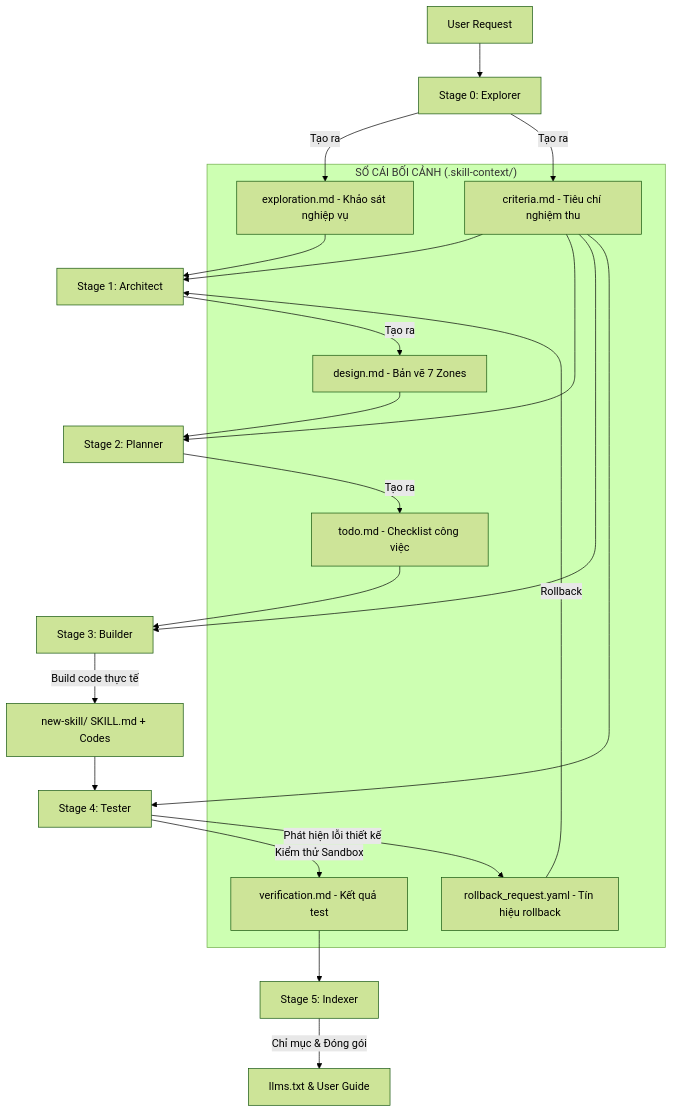
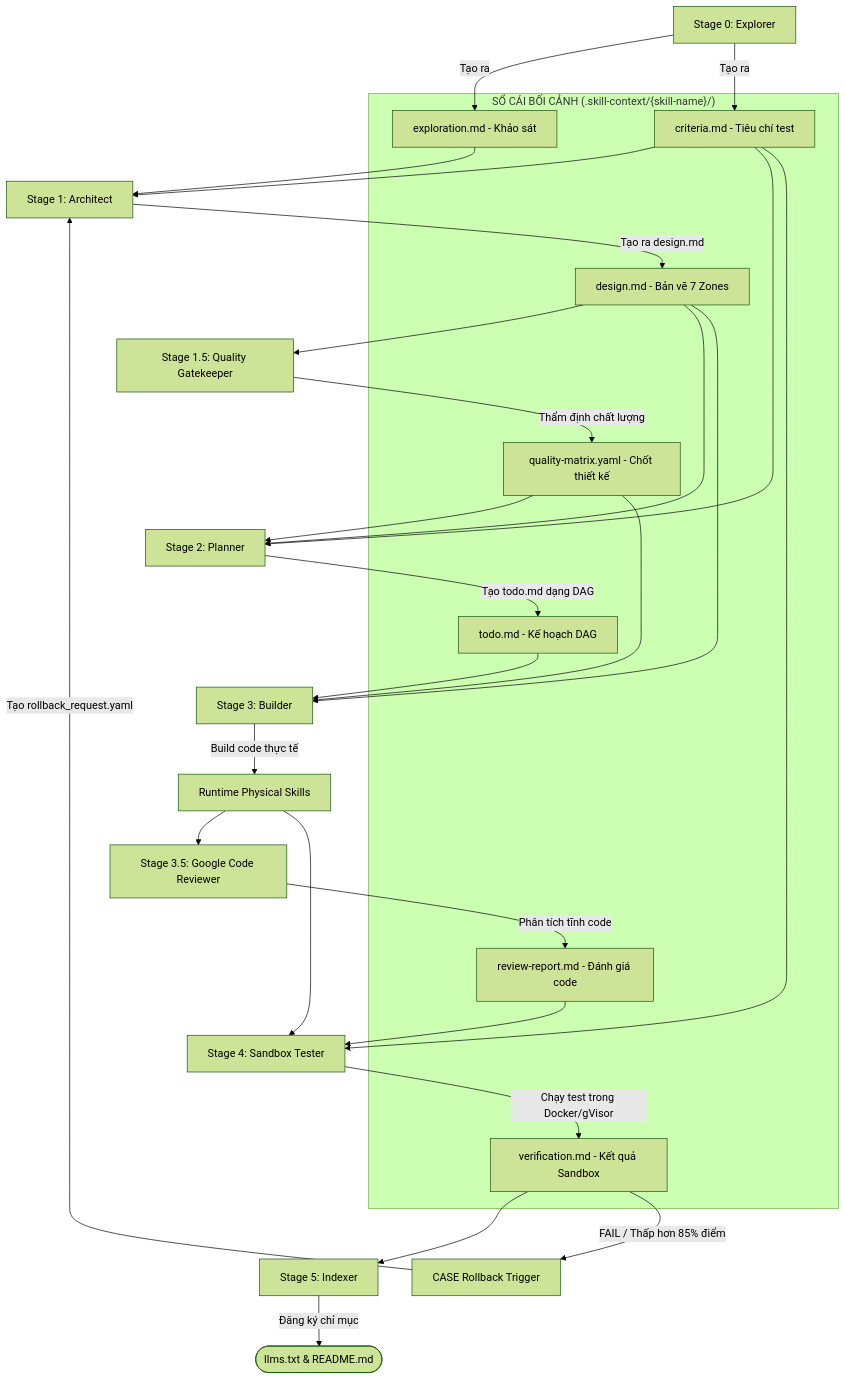
Before and after one commit to vuthuonghai-steve/deep_work_by_steve: the diagram in architecture.md, drawn with Mermaid (forest theme). The commit also changed other lines of this file and 125 other files, not shown here.

````diff
--- a/architecture.md
+++ b/architecture.md
@@ -40,32 +12,38 @@
 ```mermaid
-graph TD
-    subgraph StateLedger ["SỔ CÁI BỐI CẢNH (.skill-context/)"]
-        E[exploration.md - Khảo sát nghiệp vụ]
-        C[criteria.md - Tiêu chí nghiệm thu]
+flowchart TD
+    subgraph ContextLedger ["SỔ CÁI BỐI CẢNH (.skill-context/{skill-name}/)"]
+        E[exploration.md - Khảo sát]
+        C[criteria.md - Tiêu chí test]
         D[design.md - Bản vẽ 7 Zones]
-        T[todo.md - Checklist công việc]
-        V[verification.md - Kết quả test]
-        R[rollback_request.yaml - Tín hiệu rollback]
+        QM[quality-matrix.yaml - Chốt thiết kế]
+        T[todo.md - Kế hoạch DAG]
+        CR[review-report.md - Đánh giá code]
+        V[verification.md - Kết quả Sandbox]
     end
 
-    U[User Request] --> S0[Stage 0: Explorer]
-    S0 -->|Tạo ra| E & C
+    S0[Stage 0: Explorer] -->|Tạo ra| E & C
+    E & C --> S1[Stage 1: Architect]
     
-    E & C --> S1[Stage 1: Architect]
-    S1 -->|Tạo ra| D
+    S1 -->|Tạo ra design.md| D
+    D --> S1_5[Stage 1.5: Quality Gatekeeper]
     
-    D & C --> S2[Stage 2: Planner]
-    S2 -->|Tạo ra| T
+    S1_5 -->|Thẩm định chất lượng| QM
+    QM & D & C --> S2[Stage 2: Planner]
     
-    T & C --> S3[Stage 3: Builder]
-    S3 -->|Build code thực tế| SrcCode[new-skill/ SKILL.md + Codes]
+    S2 -->|Tạo todo.md dạng DAG| T
+    T & QM & D --> S3[Stage 3: Builder]
     
-    SrcCode & C --> S4[Stage 4: Tester]
-    S4 -->|Kiểm thử Sandbox| V
-    S4 -->|Phát hiện lỗi thiết kế| R
+    S3 -->|Build code thực tế| Src[Runtime Physical Skills]
+    Src --> S3_5[Stage 3.5: Google Code Reviewer]
     
-    R -->|Rollback| S1
+    S3_5 -->|Phân tích tĩnh code| CR
+    CR & Src & C --> S4[Stage 4: Sandbox Tester]
     
+    S4 -->|Chạy test trong Docker/gVisor| V
     V --> S5[Stage 5: Indexer]
-    S5 -->|Chỉ mục & Đóng gói| Index[llms.txt & User Guide]
+    S5 -->|Đăng ký chỉ mục| Done([llms.txt & README.md])
+    
+    %% Vòng lặp phản hồi tự cứu hộ (CASE System)
+    V -->|FAIL / Thấp hơn 85% điểm| Rollback[CASE Rollback Trigger]
+    Rollback -->|Tạo rollback_request.yaml| S1
 ```
````
